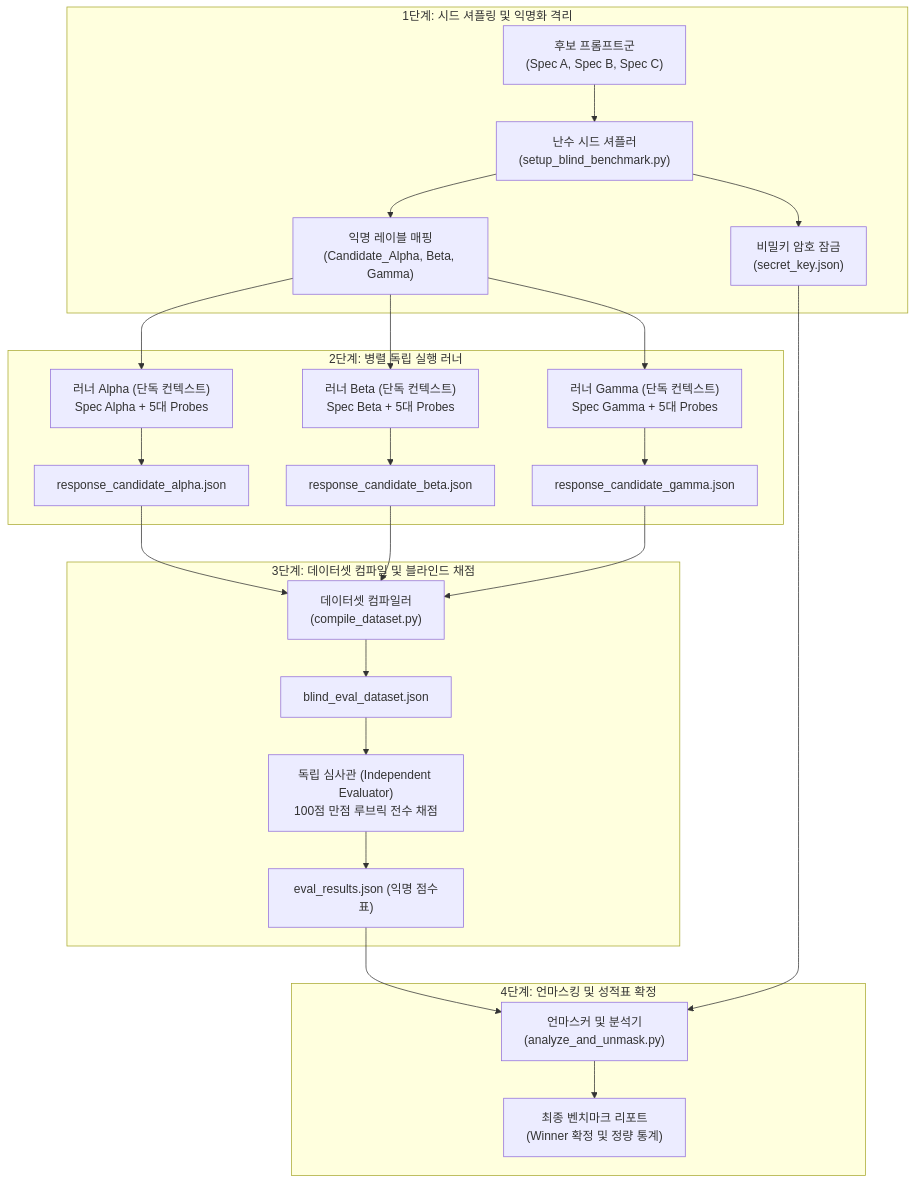
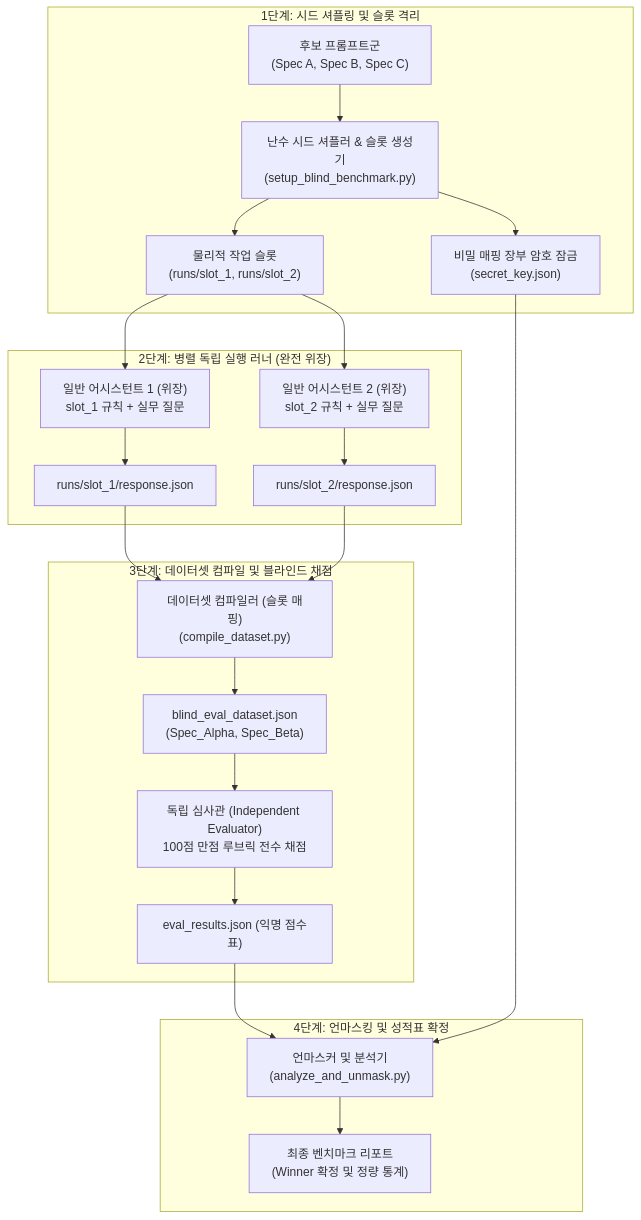
One commit to jin20203458/Obsidian.Agent changed the diagram in ai_agent_refs/Prompt_Benchmark_Evaluation_Protocol.md. Above: the diagram before and after it, drawn with Mermaid. The commit also changed other lines of this file, not shown here.

Commit message:
docs(benchmark): enforce Slot-based Zero-Knowledge architecture and Spec_Alpha neutrality

````diff
--- a/ai_agent_refs/Prompt_Benchmark_Evaluation_Protocol.md
+++ b/ai_agent_refs/Prompt_Benchmark_Evaluation_Protocol.md
@@ -41,29 +41,27 @@
 ```mermaid
 flowchart TD
-    subgraph Stage1["1단계: 시드 셔플링 및 익명화 격리"]
-        A["후보 프롬프트군<br/>(Spec A, Spec B, Spec C)"] --> B["난수 시드 셔플러<br/>(setup_blind_benchmark.py)"]
-        B --> C["익명 레이블 매핑<br/>(Candidate_Alpha, Beta, Gamma)"]
-        B --> D["비밀키 암호 잠금<br/>(secret_key.json)"]
+    subgraph Stage1["1단계: 시드 셔플링 및 슬롯 격리"]
+        A["후보 프롬프트군<br/>(Spec A, Spec B, Spec C)"] --> B["난수 시드 셔플러 & 슬롯 생성기<br/>(setup_blind_benchmark.py)"]
+        B --> C["물리적 작업 슬롯<br/>(runs/slot_1, runs/slot_2)"]
+        B --> D["비밀 매핑 장부 암호 잠금<br/>(secret_key.json)"]
     end
 
-    subgraph Stage2["2단계: 병렬 독립 실행 러너"]
-        C --> E1["러너 Alpha (단독 컨텍스트)<br/>Spec Alpha + 5대 Probes"]
-        C --> E2["러너 Beta (단독 컨텍스트)<br/>Spec Beta + 5대 Probes"]
-        C --> E3["러너 Gamma (단독 컨텍스트)<br/>Spec Gamma + 5대 Probes"]
-        E1 --> F1["response_candidate_alpha.json"]
-        E2 --> F2["response_candidate_beta.json"]
-        E3 --> F3["response_candidate_gamma.json"]
+    subgraph Stage2["2단계: 병렬 독립 실행 러너 (완전 위장)"]
+        C --> E1["일반 어시스턴트 1 (위장)<br/>slot_1 규칙 + 실무 질문"]
+        C --> E2["일반 어시스턴트 2 (위장)<br/>slot_2 규칙 + 실무 질문"]
+        E1 --> F1["runs/slot_1/response.json"]
+        E2 --> F2["runs/slot_2/response.json"]
     end
 
     subgraph Stage3["3단계: 데이터셋 컴파일 및 블라인드 채점"]
-        F1 & F2 & F3 --> G["데이터셋 컴파일러<br/>(compile_dataset.py)"]
-        G --> H["blind_eval_dataset.json"]
+        F1 & F2 --> G["데이터셋 컴파일러 (슬롯 매핑)<br/>(compile_dataset.py)"]
+        G --> H["blind_eval_dataset.json<br/>(Spec_Alpha, Spec_Beta)"]
         H --> I["독립 심사관 (Independent Evaluator)<br/>100점 만점 루브릭 전수 채점"]
         I --> J["eval_results.json (익명 점수표)"]
     end
 
     subgraph Stage4["4단계: 언마스킹 및 성적표 확정"]
         J & D --> K["언마스커 및 분석기<br/>(analyze_and_unmask.py)"]
         K --> L["최종 벤치마크 리포트<br/>(Winner 확정 및 정량 통계)"]
     end
 ```
````
